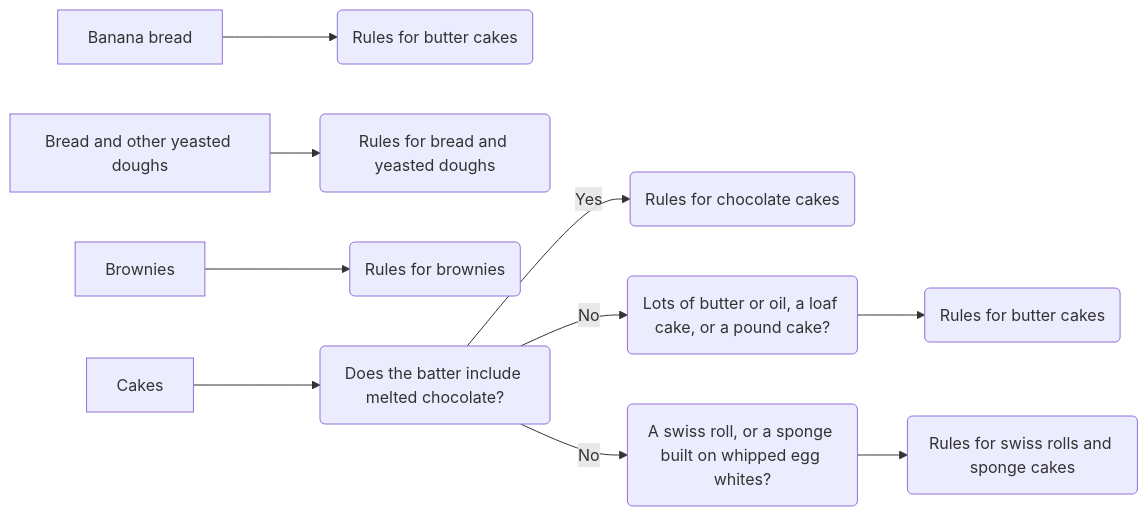
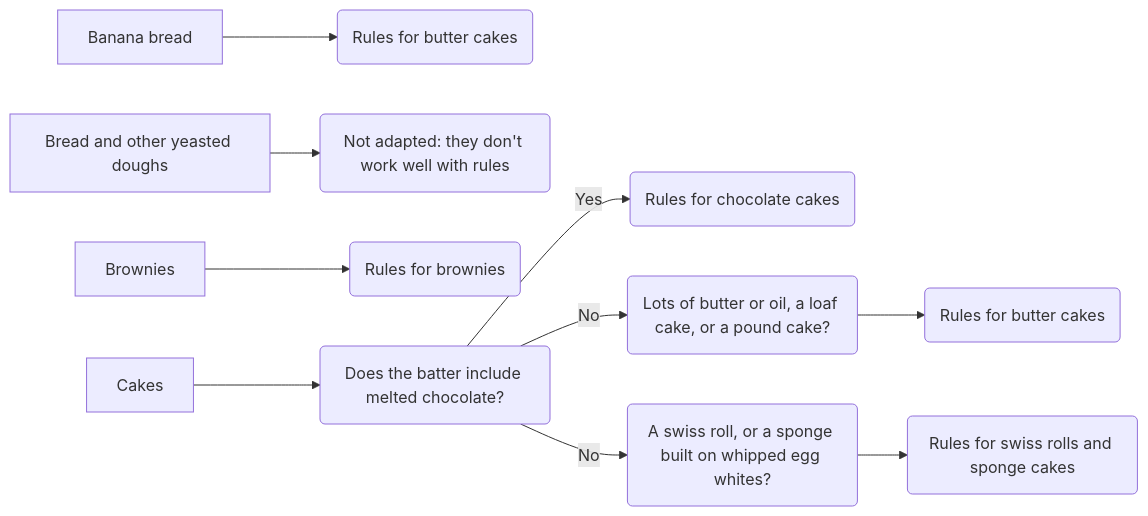
Before and after one commit to CrisBarreiro/algorithmic-recipe: the diagram in skills/gluten-free-recipe/rules.md, drawn with Mermaid. The commit also changed other lines of this file and 13 other files, not shown here.

````diff
--- a/skills/gluten-free-recipe/rules.md
+++ b/skills/gluten-free-recipe/rules.md
@@ -9,12 +9,12 @@
 ```mermaid
 flowchart LR
     BananaBread[Banana bread] --> RButter(Rules for butter cakes)
-    Bread[Bread and other yeasted doughs] --> RBread(Rules for bread and yeasted doughs)
+    Bread[Bread and other yeasted doughs] --> NoRules(Not adapted: they don't work well with rules)
     Brownies[Brownies] --> RBrownie(Rules for brownies)
     Cakes[Cakes] --> H(Does the batter include melted chocolate?)
     H -- Yes --> RChocolate(Rules for chocolate cakes)
     H -- No --> J(Lots of butter or oil, a loaf cake, or a pound cake?)
     J --> RButter2(Rules for butter cakes)
     H -- No --> L(A swiss roll, or a sponge built on whipped egg whites?)
     L --> RSwissRoll(Rules for swiss rolls and sponge cakes)
 ```
````
